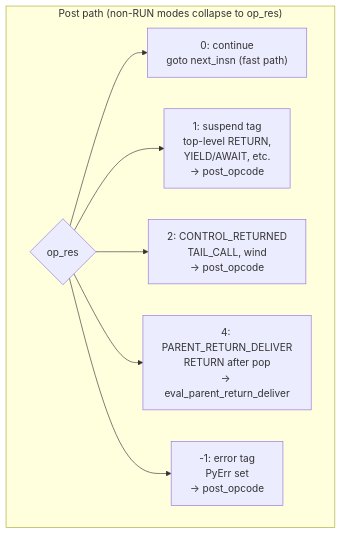
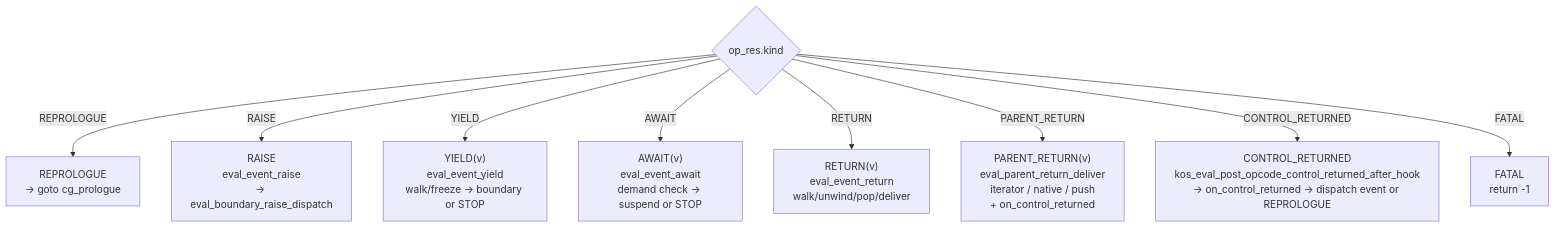
One commit to koskari-lang/koskari changed the seventh of 11 diagrams in design/EVALUATOR.md. Above: the diagram before and after it, drawn with Mermaid. The commit also changed other lines of this file and 4 other files, not shown here.

````diff
--- a/design/EVALUATOR.md
+++ b/design/EVALUATOR.md
@@ -439,16 +372,21 @@
 ```mermaid
 flowchart TD
-    subgraph opcode_return["Post path (non-RUN modes collapse to op_res)"]
-        res{"op_res"}
-        r0["0: continue<br/>goto next_insn (fast path)"]
-        r1["1: suspend tag<br/>top-level RETURN,<br/>YIELD/AWAIT, etc.<br/>→ post_opcode"]
-        r2["2: CONTROL_RETURNED<br/>TAIL_CALL, wind<br/>→ post_opcode"]
-        r4["4: PARENT_RETURN_DELIVER<br/>RETURN after pop<br/>→ eval_parent_return_deliver"]
-        rneg["-1: error tag<br/>PyErr set<br/>→ post_opcode"]
-    end
-    res --> r0
-    res --> r1
-    res --> r2
-    res --> r4
-    res --> rneg
+    kind{"op_res.kind"}
+    repro["REPROLOGUE<br/>→ goto cg_prologue"]
+    raise["RAISE<br/>eval_event_raise<br/>→ eval_boundary_raise_dispatch"]
+    yield["YIELD(v)<br/>eval_event_yield<br/>walk/freeze → boundary or STOP"]
+    await["AWAIT(v)<br/>eval_event_await<br/>demand check → suspend or STOP"]
+    ret["RETURN(v)<br/>eval_event_return<br/>walk/unwind/pop/deliver"]
+    pret["PARENT_RETURN(v)<br/>eval_parent_return_deliver<br/>iterator / native / push<br/>+ on_control_returned"]
+    ctrl["CONTROL_RETURNED<br/>kos_eval_post_opcode_control_returned_after_hook<br/>→ on_control_returned → dispatch event or REPROLOGUE"]
+    fatal["FATAL<br/>return -1"]
+
+    kind -->|REPROLOGUE| repro
+    kind -->|RAISE| raise
+    kind -->|YIELD| yield
+    kind -->|AWAIT| await
+    kind -->|RETURN| ret
+    kind -->|PARENT_RETURN| pret
+    kind -->|CONTROL_RETURNED| ctrl
+    kind -->|FATAL| fatal
 ```
````
